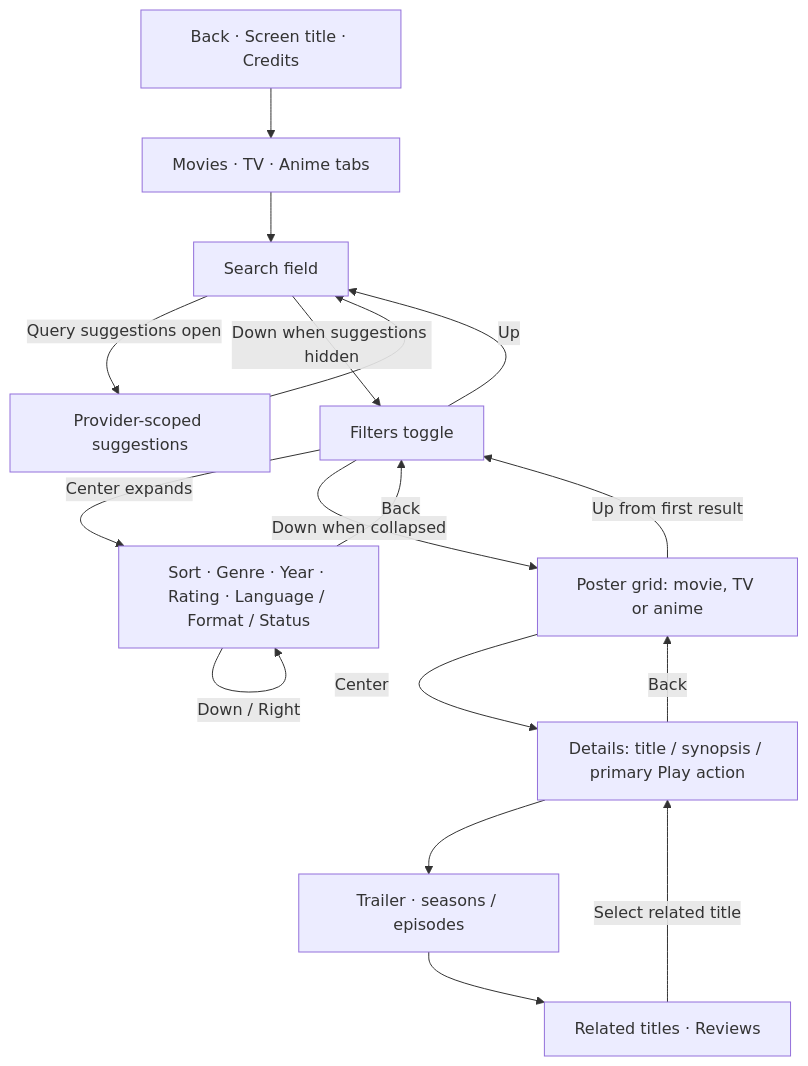
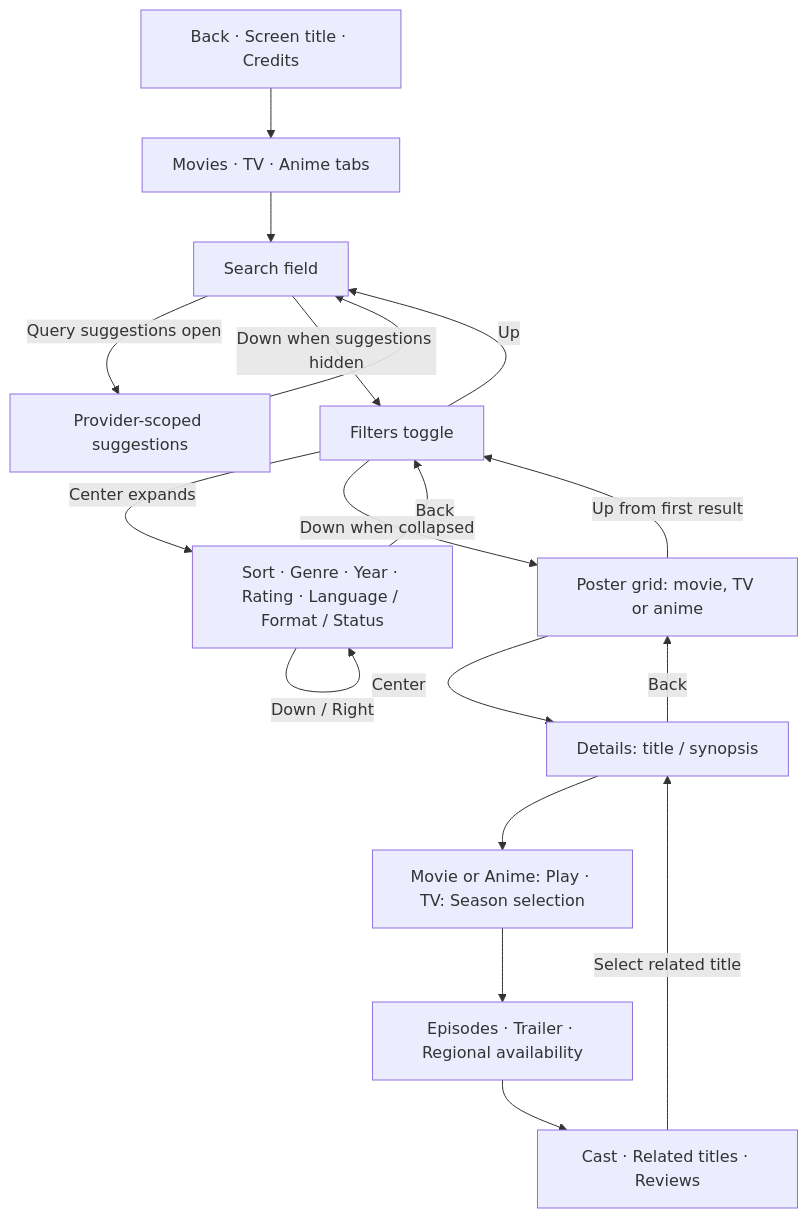
One commit to Vaydelux/Bousygram changed the diagram in docs/ui/EXTRAS_FOCUS_AND_VIEWPORT_CONTRACT.md. Above: the diagram before and after it, drawn with Mermaid. The commit also changed other lines of this file and 1 other file, not shown here.

Commit message:
ci(debug): publish verified Extras detail remote-focus QA build (#216)
Document responsive TV primary focus and source-pinned debug qualification for merged and emulator-verified PR #215. Trigger ARM32, ARM64 and universal QA prerelease build.

````diff
--- a/docs/ui/EXTRAS_FOCUS_AND_VIEWPORT_CONTRACT.md
+++ b/docs/ui/EXTRAS_FOCUS_AND_VIEWPORT_CONTRACT.md
@@ -9,19 +9,20 @@
 ```mermaid
 flowchart TB
     H["Back · Screen title · Credits"] --> T["Movies · TV · Anime tabs"]
     T --> S["Search field"]
     S -->|Query suggestions open| U["Provider-scoped suggestions"]
     U --> S
     S -->|Down when suggestions hidden| F["Filters toggle"]
     F -->|Center expands| C["Sort · Genre · Year · Rating · Language / Format / Status"]
     C -->|Down / Right| C
     C -->|Back| F
     F -->|Down when collapsed| G["Poster grid: movie, TV or anime"]
-    G -->|Center| D["Details: title / synopsis / primary Play action"]
-    D --> X["Trailer · seasons / episodes"]
-    X --> R["Related titles · Reviews"]
+    G -->|Center| D["Details: title / synopsis"]
+    D --> P["Movie or Anime: Play · TV: Season selection"]
+    P --> X["Episodes · Trailer · Regional availability"]
+    X --> R["Cast · Related titles · Reviews"]
     R -->|Select related title| D
     D -->|Back| G
     G -->|Up from first result| F
     F -->|Up| S
 ```
````
